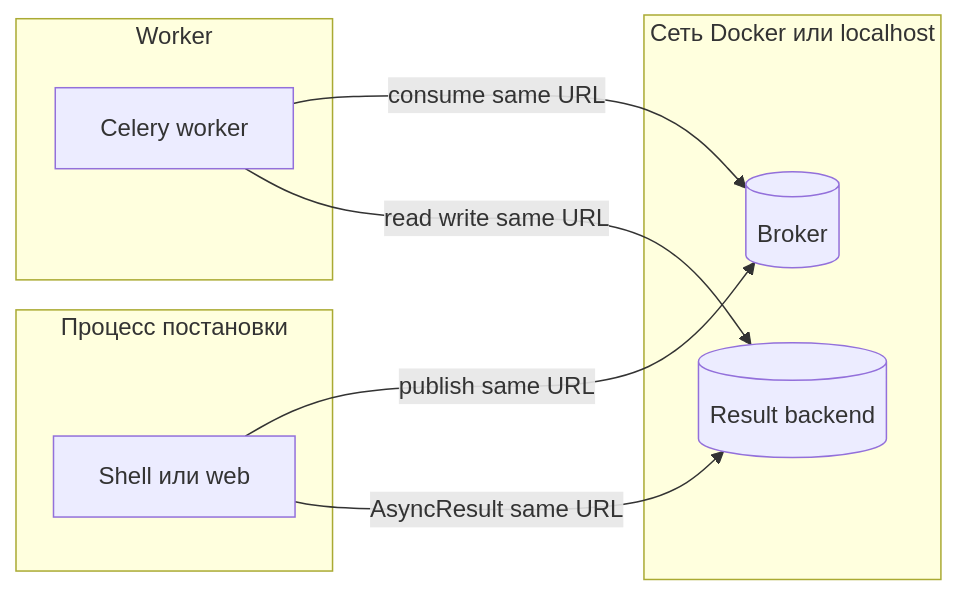
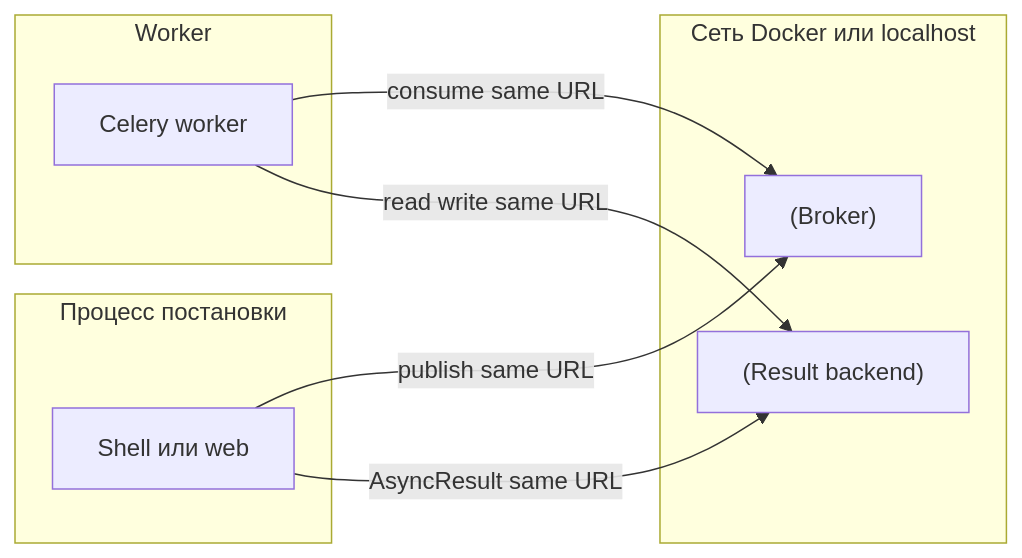
One commit to DDoSKudya/ai-study-atlas changed the fourth of 12 diagrams in directions/services/celery/pact/42_samoproverka_s_nulya_zakrytie_kazhdogo_bloka_plana/14_42_42_3_finalnyy_ekzamen_proekt_blokami.md. Above: the diagram before and after it, drawn with Mermaid. The commit also changed other lines of this file and 322 other files, not shown here.

Commit message:
fix(docs): make mermaid diagrams GitHub-compatible across directions content

````diff
--- a/directions/services/celery/pact/42_samoproverka_s_nulya_zakrytie_kazhdogo_bloka_plana/14_42_42_3_finalnyy_ekzamen_proekt_blokami.md
+++ b/directions/services/celery/pact/42_samoproverka_s_nulya_zakrytie_kazhdogo_bloka_plana/14_42_42_3_finalnyy_ekzamen_proekt_blokami.md
@@ -250,17 +250,17 @@
 ```mermaid
 flowchart LR
-  subgraph P[Процесс постановки]
-    S[Shell или web]
+  subgraph P["Процесс постановки"]
+    S["Shell или web"]
   end
-  subgraph Net[Сеть Docker или localhost]
-    Br[(Broker)]
-    RB[(Result backend)]
+  subgraph Net["Сеть Docker или localhost"]
+    Br["(Broker)"]
+    RB["(Result backend)"]
   end
-  subgraph Wk[Worker]
-    WK[Celery worker]
+  subgraph Wk["Worker"]
+    WK["Celery worker"]
   end
   S -->|publish same URL| Br
   WK -->|consume same URL| Br
   WK -->|read write same URL| RB
   S -->|AsyncResult same URL| RB
 ```
````
